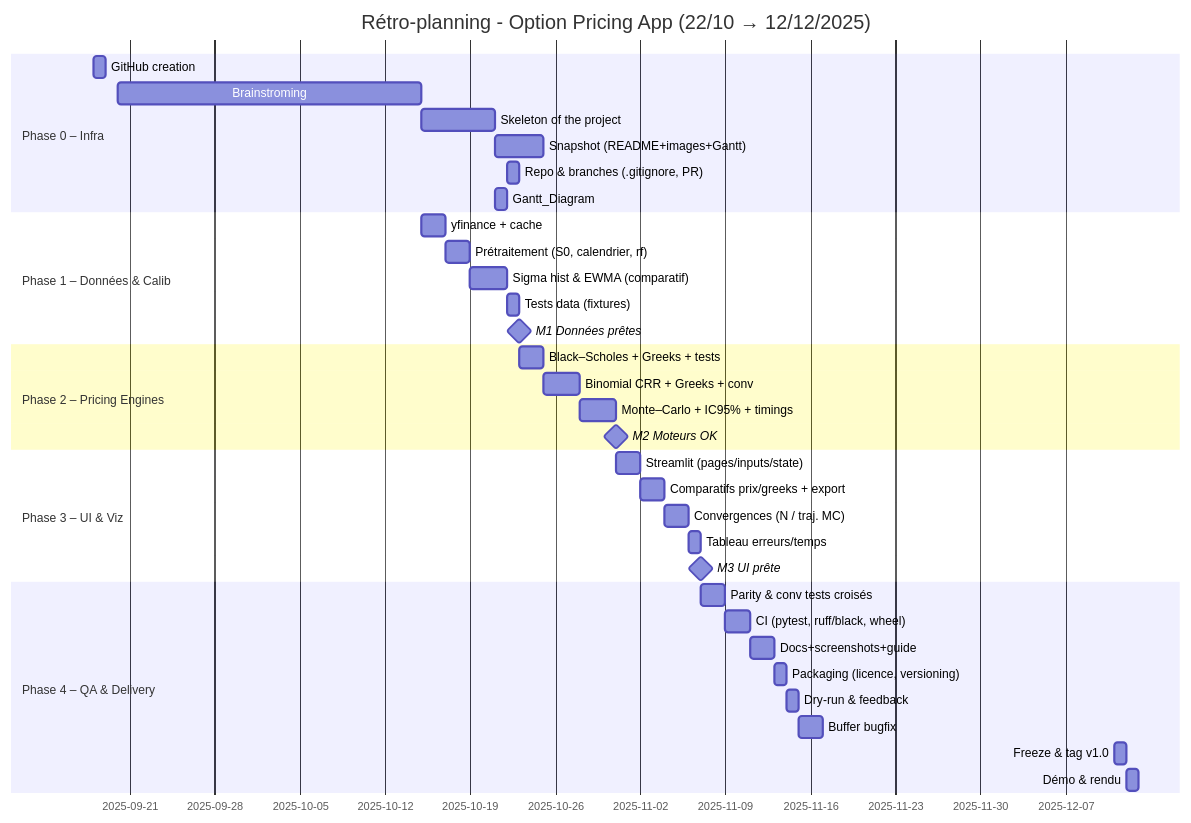
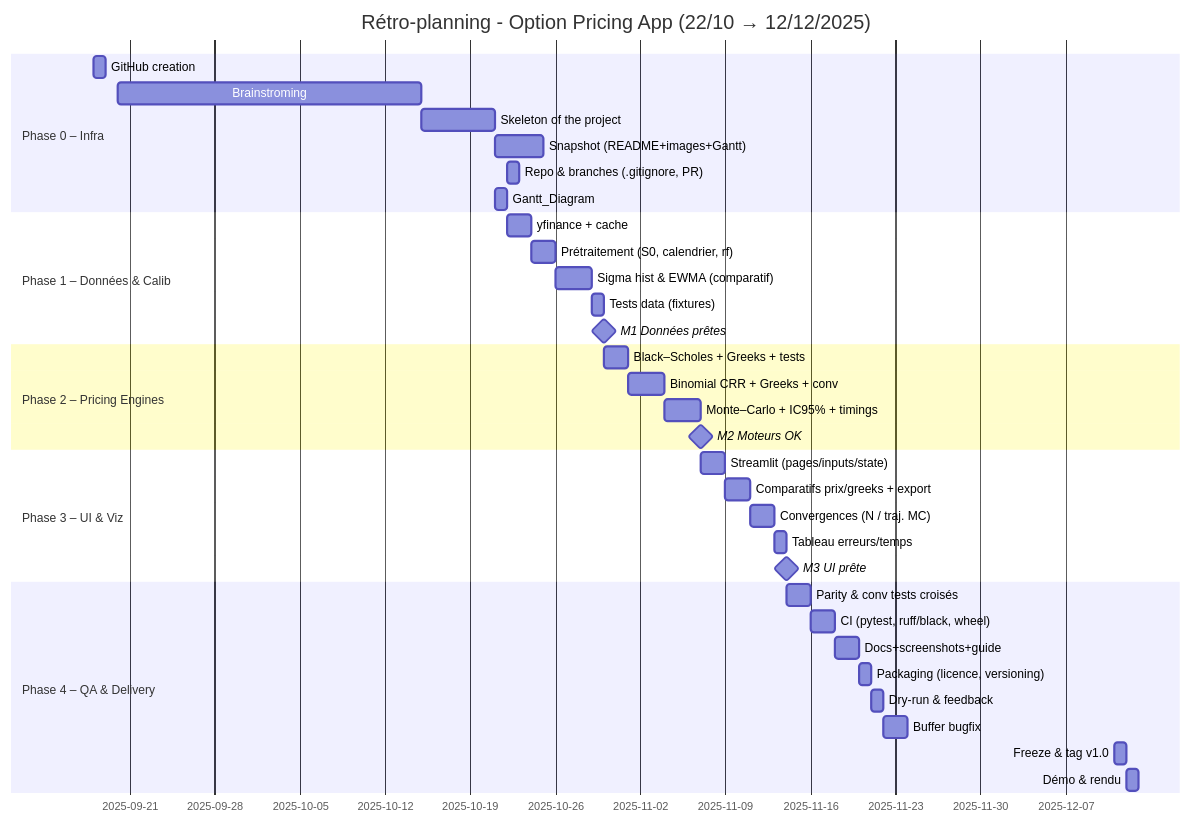
One commit to Karam-Benameur/stream_options changed the diagram in roadmap/Gantt_Diagram.md. Above: the diagram before and after it, drawn with Mermaid.

````diff
--- a/roadmap/Gantt_Diagram.md
+++ b/roadmap/Gantt_Diagram.md
@@ -1,46 +1,46 @@
 ```mermaid
 gantt
     title Rétro-planning - Option Pricing App (22/10 → 12/12/2025)
     dateFormat  YYYY-MM-DD
     %% aucune exclusion -> pas de bandes jaunes
 
     section Phase 0 – Infra
     GitHub creation                     :s1, 2025-09-18, 1d
     Brainstroming                       :s2, 2025-09-20, 25d
     Skeleton of the project             :s3, 2025-10-15, 6d
     Snapshot (README+images+Gantt)      :s3, 2025-10-21, 4d
     Repo & branches (.gitignore, PR)    :s4, 2025-10-22, 1d
     Gantt_Diagram                       :s5, 2025-10-21, 1d
 
     section Phase 1 – Données & Calib
-    yfinance + cache                     :d1, after s2, 2d
+    yfinance + cache                     :d1, after s5, 2d
     Prétraitement (S0, calendrier, rf)   :d2, after d1, 2d
     Sigma hist & EWMA (comparatif)       :d3, after d2, 3d
     Tests data (fixtures)                :d4, after d3, 1d
     M1 Données prêtes                    :milestone, m1, after d4, 0d
 
     section Phase 2 – Pricing Engines
     Black–Scholes + Greeks + tests       :p1, after m1, 2d
     Binomial CRR + Greeks + conv         :p2, after p1, 3d
     Monte–Carlo + IC95% + timings        :p3, after p2, 3d
     M2 Moteurs OK                        :milestone, m2, after p3, 0d
 
     section Phase 3 – UI & Viz
     Streamlit (pages/inputs/state)       :u1, after m2, 2d
     Comparatifs prix/greeks + export     :u2, after u1, 2d
     Convergences (N / traj. MC)          :u3, after u2, 2d
     Tableau erreurs/temps                :u4, after u3, 1d
     M3 UI prête                          :milestone, m3, after u4, 0d
 
     section Phase 4 – QA & Delivery
     Parity & conv tests croisés          :q1, after m3, 2d
     CI (pytest, ruff/black, wheel)       :q2, after q1, 2d
     Docs+screenshots+guide               :q3, after q2, 2d
     Packaging (licence, versioning)      :q4, after q3, 1d
     Dry-run & feedback                   :q5, after q4, 1d
     Buffer bugfix                        :q6, after q5, 2d
     Freeze & tag v1.0                    :rel, 2025-12-11, 1d
     Démo & rendu                         :fin, 2025-12-12, 1d
 
 
 ```
````
